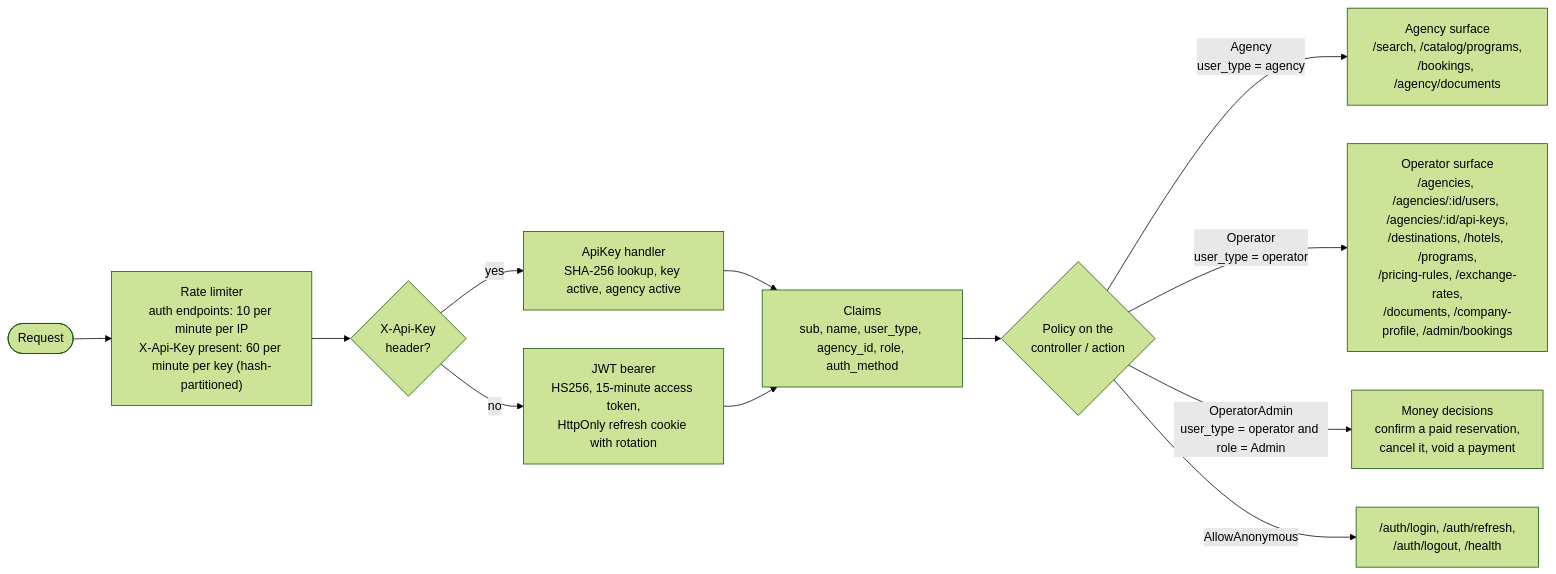
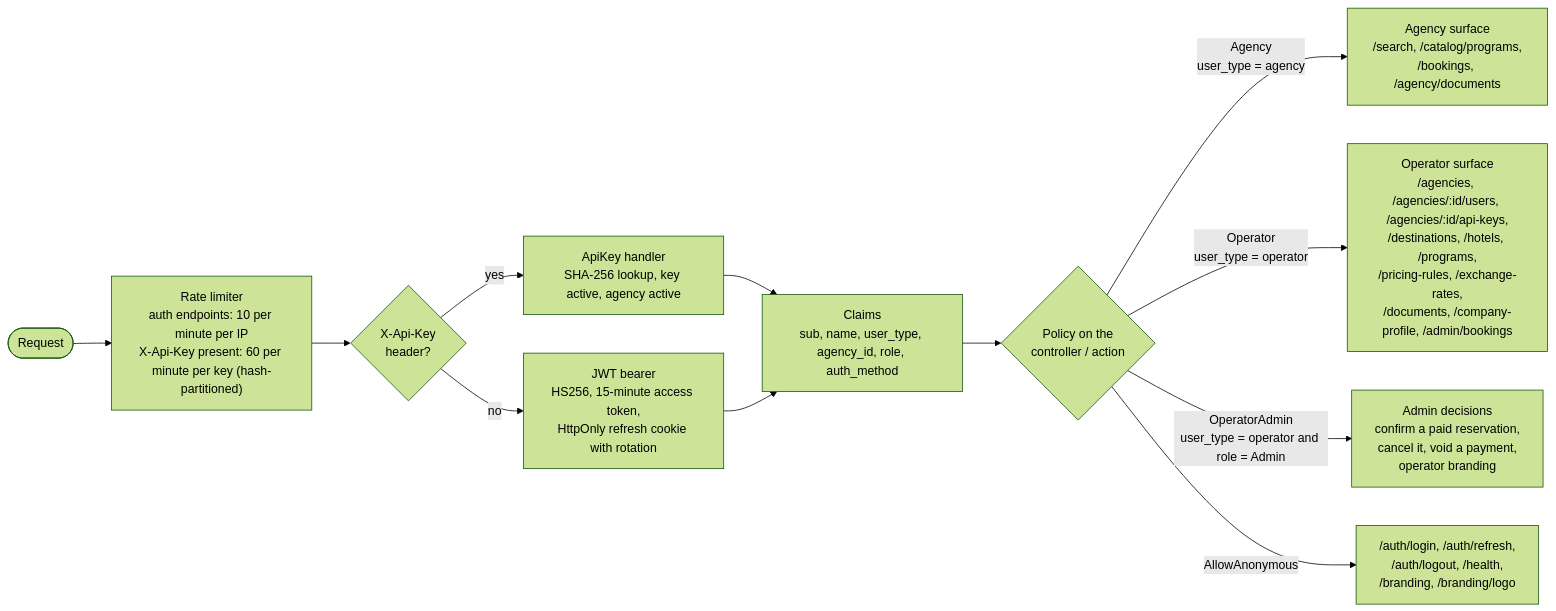
The third of 7 diagrams in docs/SYSTEM-OVERVIEW.md (odisea-network/odisea), drawn with Mermaid (forest theme) before and after one commit. The commit also changed other lines of this file, not shown here.

Commit message:
docs: add the branding endpoints to the system overview

````diff
--- a/docs/SYSTEM-OVERVIEW.md
+++ b/docs/SYSTEM-OVERVIEW.md
@@ -87,14 +87,14 @@
 ```mermaid
 flowchart LR
     R([Request]) --> RL["Rate limiter<br/>auth endpoints: 10 per minute per IP<br/>X-Api-Key present: 60 per minute per key (hash-partitioned)"]
     RL --> SEL{"X-Api-Key<br/>header?"}
     SEL -->|yes| AK["ApiKey handler<br/>SHA-256 lookup, key active, agency active"]
     SEL -->|no| JWT["JWT bearer<br/>HS256, 15-minute access token,<br/>HttpOnly refresh cookie with rotation"]
     AK --> CL["Claims<br/>sub, name, user_type, agency_id, role, auth_method"]
     JWT --> CL
     CL --> AZ{"Policy on the<br/>controller / action"}
     AZ -->|"Agency<br/>user_type = agency"| A["Agency surface<br/>/search, /catalog/programs,<br/>/bookings, /agency/documents"]
     AZ -->|"Operator<br/>user_type = operator"| O["Operator surface<br/>/agencies, /agencies/:id/users, /agencies/:id/api-keys,<br/>/destinations, /hotels, /programs,<br/>/pricing-rules, /exchange-rates,<br/>/documents, /company-profile, /admin/bookings"]
-    AZ -->|"OperatorAdmin<br/>user_type = operator and role = Admin"| OA["Money decisions<br/>confirm a paid reservation,<br/>cancel it, void a payment"]
-    AZ -->|AllowAnonymous| AN["/auth/login, /auth/refresh,<br/>/auth/logout, /health"]
+    AZ -->|"OperatorAdmin<br/>user_type = operator and role = Admin"| OA["Admin decisions<br/>confirm a paid reservation,<br/>cancel it, void a payment,<br/>operator branding"]
+    AZ -->|AllowAnonymous| AN["/auth/login, /auth/refresh,<br/>/auth/logout, /health,<br/>/branding, /branding/logo"]
 ```
````
